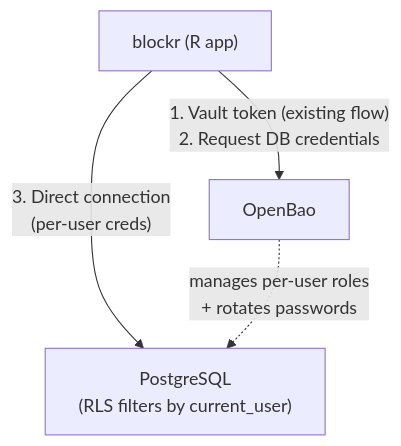
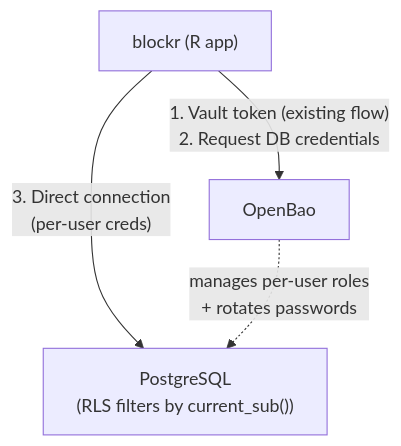
One commit to cynkra/blockyard changed the first of 2 diagrams in docs/design/board-storage.md. Above: the diagram before and after it, drawn with Mermaid. The commit also changed other lines of this file, not shown here.

````diff
--- a/docs/design/board-storage.md
+++ b/docs/design/board-storage.md
@@ -97,6 +100,6 @@
 ```mermaid
 graph TD
     blockr["blockr (R app)"] -->|"1. Vault token (existing flow)<br>2. Request DB credentials"| vault["OpenBao"]
-    blockr -->|"3. Direct connection<br>(per-user creds)"| pg["PostgreSQL<br>(RLS filters by current_user)"]
+    blockr -->|"3. Direct connection<br>(per-user creds)"| pg["PostgreSQL<br>(RLS filters by current_sub())"]
     vault -.->|"manages per-user roles<br>+ rotates passwords"| pg
 ```
````
